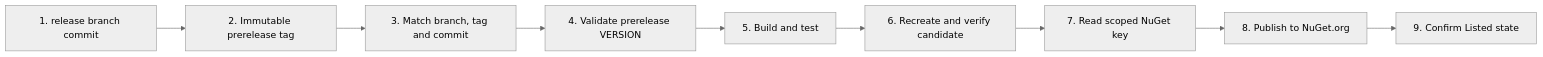
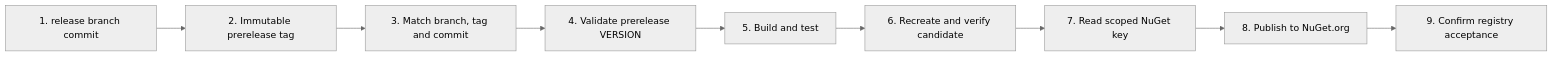
One commit to eac-architecture/eac-pipeline-catalog changed the third of 4 diagrams in docs/architecture/EAC_PIPELINE_CATALOG.md. Above: the diagram before and after it, drawn with Mermaid (neutral theme). The commit also changed other lines of this file and 6 other files, not shown here.

````diff
--- a/docs/architecture/EAC_PIPELINE_CATALOG.md
+++ b/docs/architecture/EAC_PIPELINE_CATALOG.md
@@ -264,11 +264,11 @@
 ```mermaid
 flowchart LR
     RELEASE[1. release branch commit] --> TAG[2. Immutable prerelease tag]
     TAG --> GATE[3. Match branch, tag and commit]
     GATE --> VALIDATE[4. Validate prerelease VERSION]
     VALIDATE --> BUILD[5. Build and test]
     BUILD --> PACKAGE[6. Recreate and verify candidate]
     PACKAGE --> SECRET[7. Read scoped NuGet key]
     SECRET --> PUBLISH[8. Publish to NuGet.org]
-    PUBLISH --> LISTED[9. Confirm Listed state]
+    PUBLISH --> ACCEPTED[9. Confirm registry acceptance]
 ```
````
